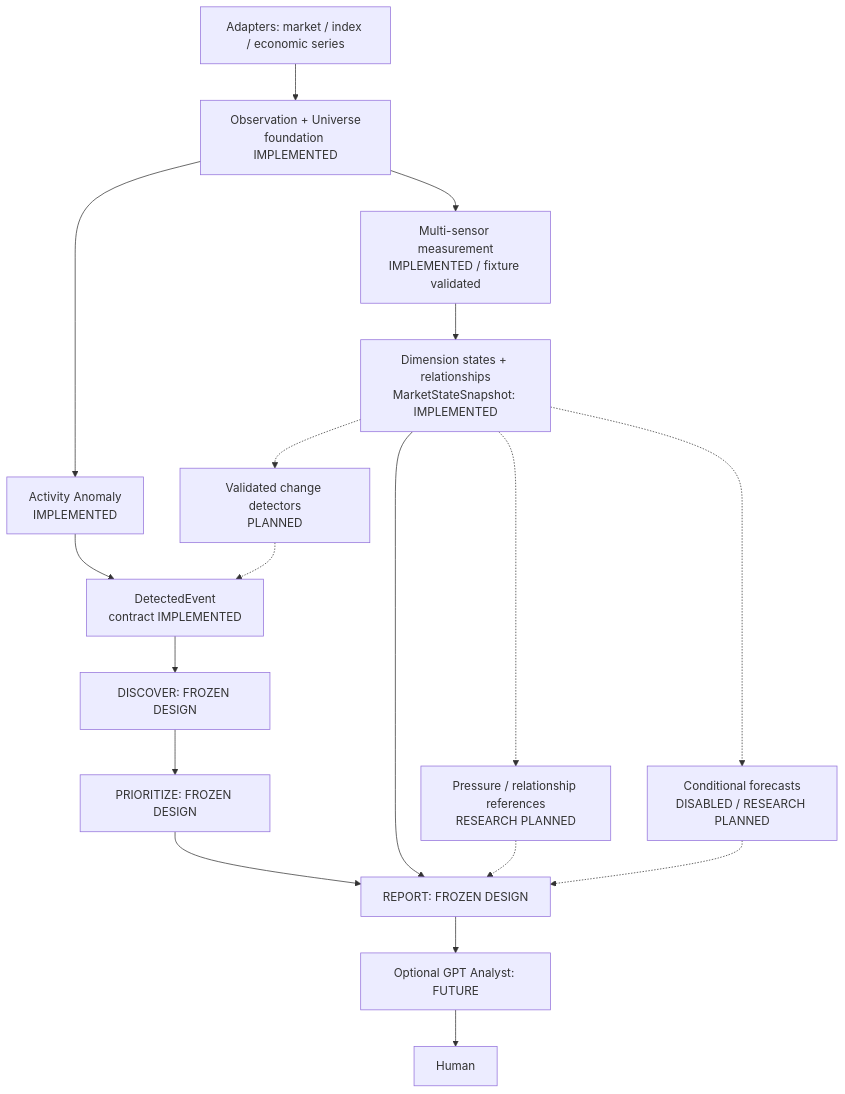
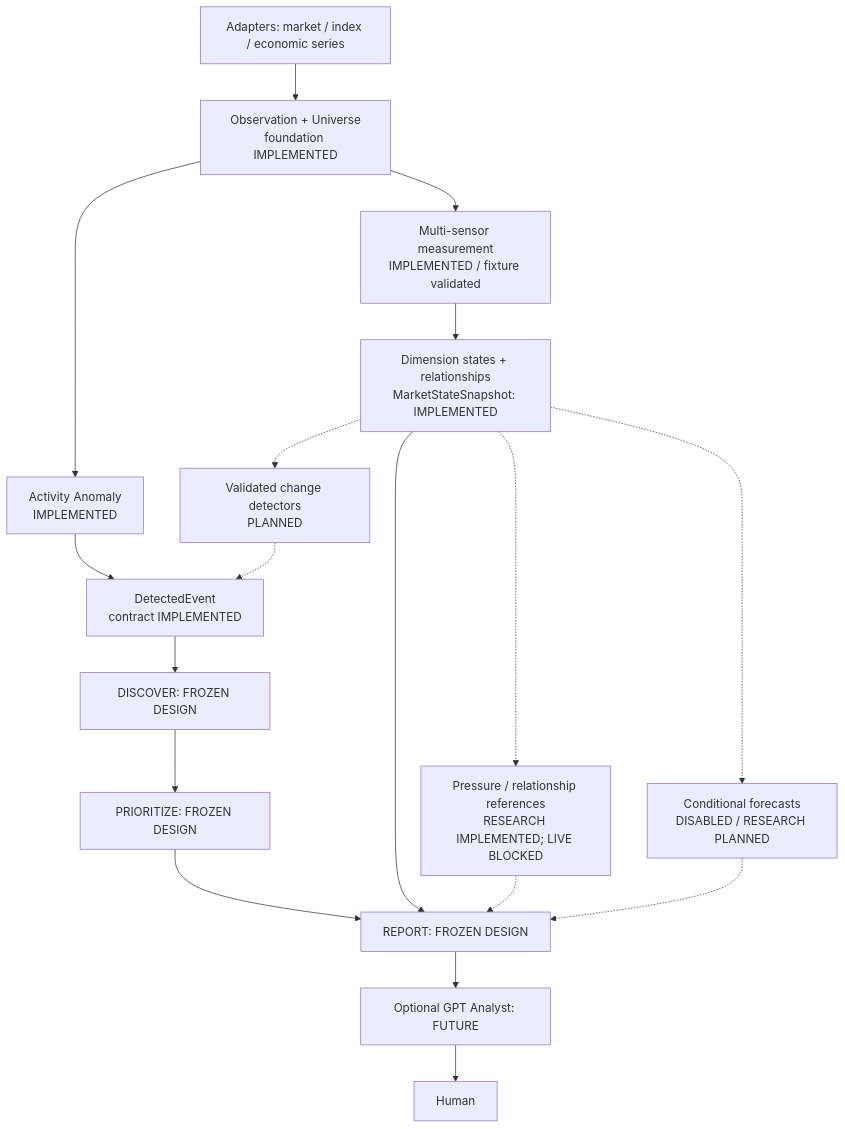
Before and after one commit to Daxoniel/DX27-Trading-Engine: the first of 2 diagrams in docs/architecture/system-overview.md, drawn with Mermaid. The commit also changed other lines of this file and 22 other files, not shown here.

Commit message:
Implement 6B-2I causal reference research and sensor bibliography

````diff
--- a/docs/architecture/system-overview.md
+++ b/docs/architecture/system-overview.md
@@ -36,20 +36,20 @@
 ```mermaid
 flowchart TB
     Data["Adapters: market / index / economic series"] --> Observation["Observation + Universe<br/>foundation IMPLEMENTED"]
     Observation --> Activity["Activity Anomaly<br/>IMPLEMENTED"]
     Activity --> Event["DetectedEvent<br/>contract IMPLEMENTED"]
     Observation --> Sensors["Multi-sensor measurement<br/>IMPLEMENTED / fixture validated"]
     Sensors --> State["Dimension states + relationships<br/>MarketStateSnapshot: IMPLEMENTED"]
     State -.-> Change["Validated change detectors<br/>PLANNED"]
     Change -.-> Event
-    State -.-> Reference["Pressure / relationship references<br/>RESEARCH PLANNED"]
+    State -.-> Reference["Pressure / relationship references<br/>RESEARCH IMPLEMENTED; LIVE BLOCKED"]
     State -.-> Forecast["Conditional forecasts<br/>DISABLED / RESEARCH PLANNED"]
     Event --> Discovery["DISCOVER: FROZEN DESIGN"]
     Discovery --> Priority["PRIORITIZE: FROZEN DESIGN"]
     Priority --> Report["REPORT: FROZEN DESIGN"]
     State --> Report
     Reference -.-> Report
     Forecast -.-> Report
     Report --> Analyst["Optional GPT Analyst: FUTURE"]
     Analyst --> Human["Human"]
 ```
````
